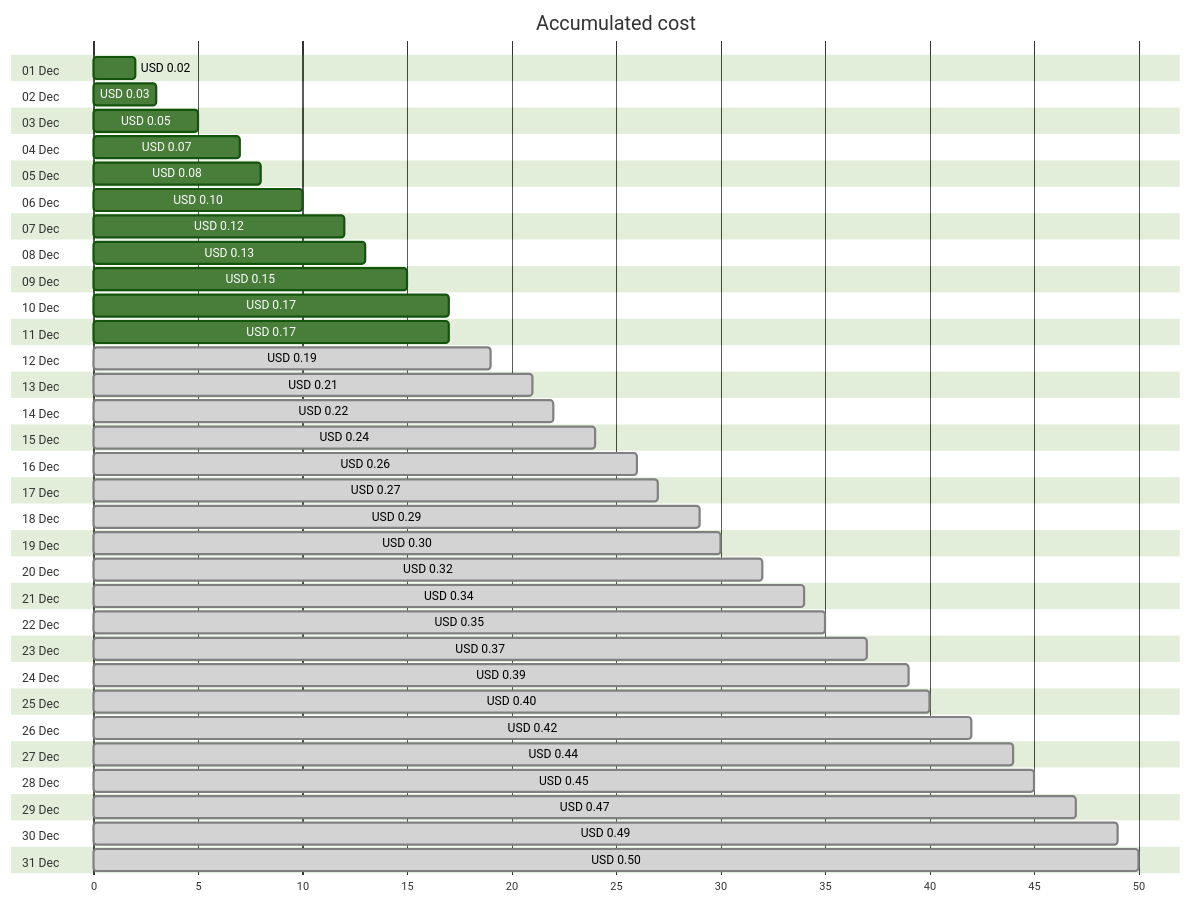
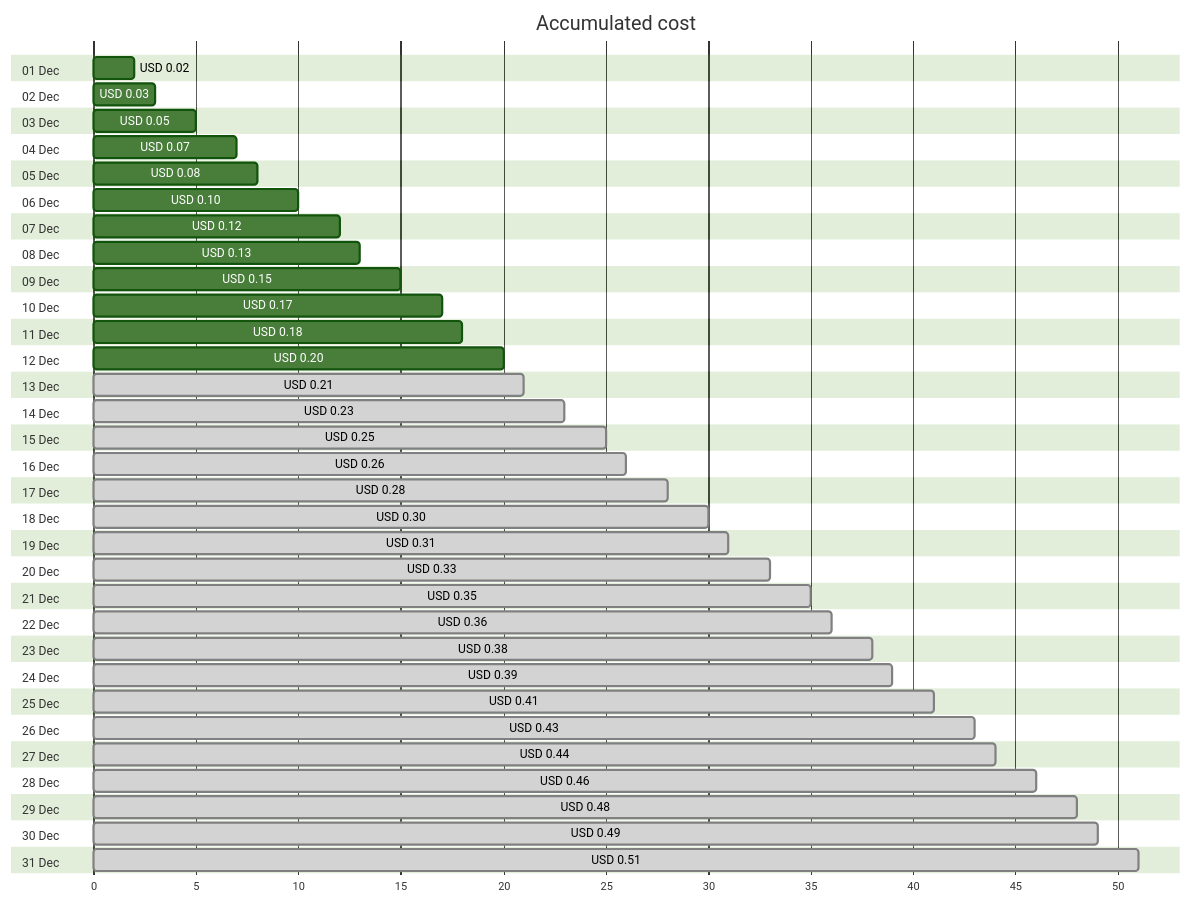
One commit to jpfulton/azure-personal-reports changed the first of 4 diagrams in cost-reports/personal-dns/jpatrickfulton.dev.md. Above: the diagram before and after it, drawn with Mermaid (forest theme). The commit also changed other lines of this file and 2 other files, not shown here.

Commit message:
Generated reports [skip ci]

````diff
--- a/cost-reports/personal-dns/jpatrickfulton.dev.md
+++ b/cost-reports/personal-dns/jpatrickfulton.dev.md
@@ -20,68 +20,68 @@
 ```mermaid
 gantt
    title Accumulated cost
    dateFormat  X
    axisFormat %s
    section 01 Dec
    USD 0.02 :0, 2
    section 02 Dec
    USD 0.03 :0, 3
    section 03 Dec
    USD 0.05 :0, 5
    section 04 Dec
    USD 0.07 :0, 7
    section 05 Dec
    USD 0.08 :0, 8
    section 06 Dec
    USD 0.10 :0, 10
    section 07 Dec
    USD 0.12 :0, 12
    section 08 Dec
    USD 0.13 :0, 13
    section 09 Dec
    USD 0.15 :0, 15
    section 10 Dec
    USD 0.17 :0, 17
    section 11 Dec
-   USD 0.17 :0, 17
+   USD 0.18 :0, 18
    section 12 Dec
-   USD 0.19 : done, 0, 19
+   USD 0.20 :0, 20
    section 13 Dec
    USD 0.21 : done, 0, 21
    section 14 Dec
-   USD 0.22 : done, 0, 22
+   USD 0.23 : done, 0, 23
    section 15 Dec
-   USD 0.24 : done, 0, 24
+   USD 0.25 : done, 0, 25
    section 16 Dec
    USD 0.26 : done, 0, 26
    section 17 Dec
-   USD 0.27 : done, 0, 27
+   USD 0.28 : done, 0, 28
    section 18 Dec
-   USD 0.29 : done, 0, 29
+   USD 0.30 : done, 0, 30
    section 19 Dec
-   USD 0.30 : done, 0, 30
+   USD 0.31 : done, 0, 31
    section 20 Dec
-   USD 0.32 : done, 0, 32
+   USD 0.33 : done, 0, 33
    section 21 Dec
-   USD 0.34 : done, 0, 34
+   USD 0.35 : done, 0, 35
    section 22 Dec
-   USD 0.35 : done, 0, 35
+   USD 0.36 : done, 0, 36
    section 23 Dec
-   USD 0.37 : done, 0, 37
+   USD 0.38 : done, 0, 38
    section 24 Dec
    USD 0.39 : done, 0, 39
    section 25 Dec
-   USD 0.40 : done, 0, 40
+   USD 0.41 : done, 0, 41
    section 26 Dec
-   USD 0.42 : done, 0, 42
+   USD 0.43 : done, 0, 43
    section 27 Dec
    USD 0.44 : done, 0, 44
    section 28 Dec
-   USD 0.45 : done, 0, 45
+   USD 0.46 : done, 0, 46
    section 29 Dec
-   USD 0.47 : done, 0, 47
+   USD 0.48 : done, 0, 48
    section 30 Dec
    USD 0.49 : done, 0, 49
    section 31 Dec
-   USD 0.50 : done, 0, 50
+   USD 0.51 : done, 0, 51
 ```
````
